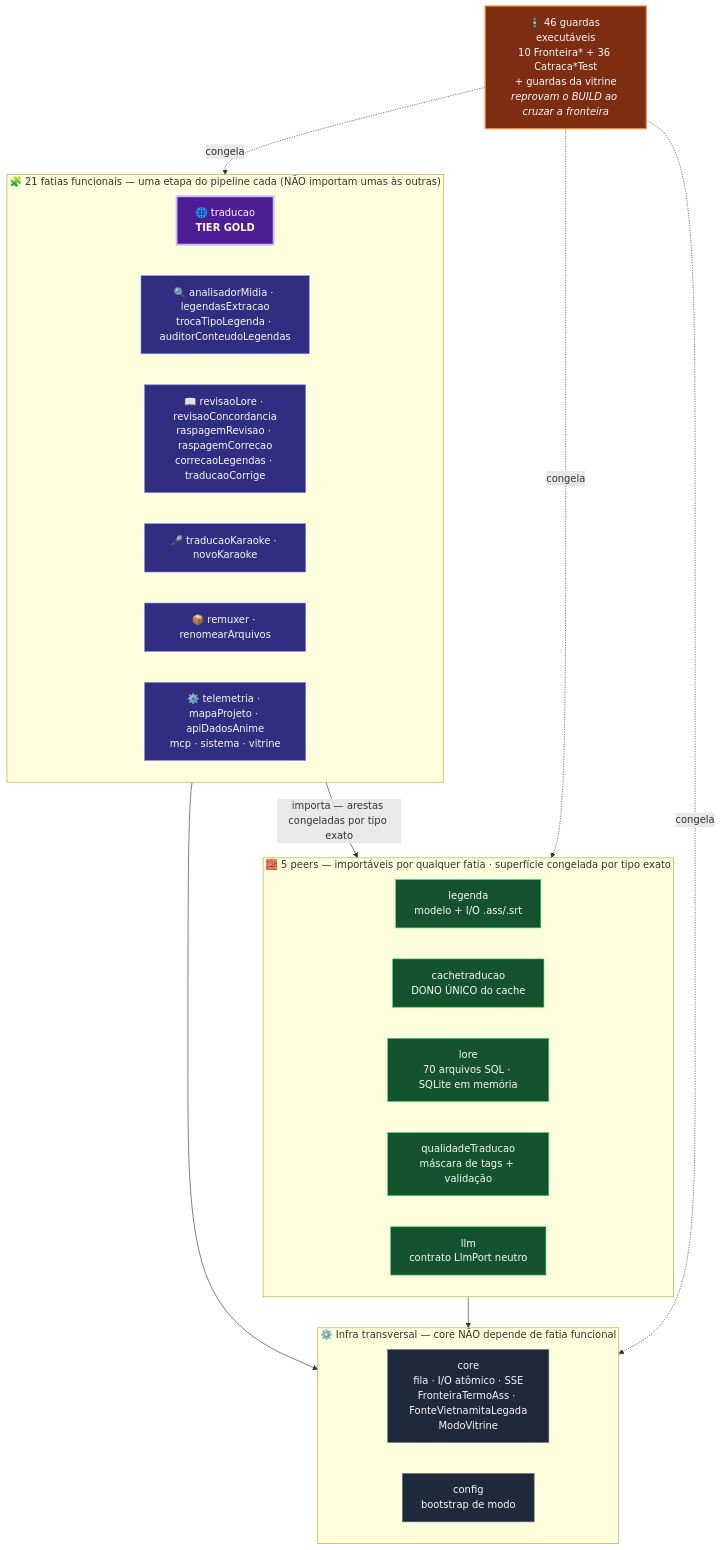
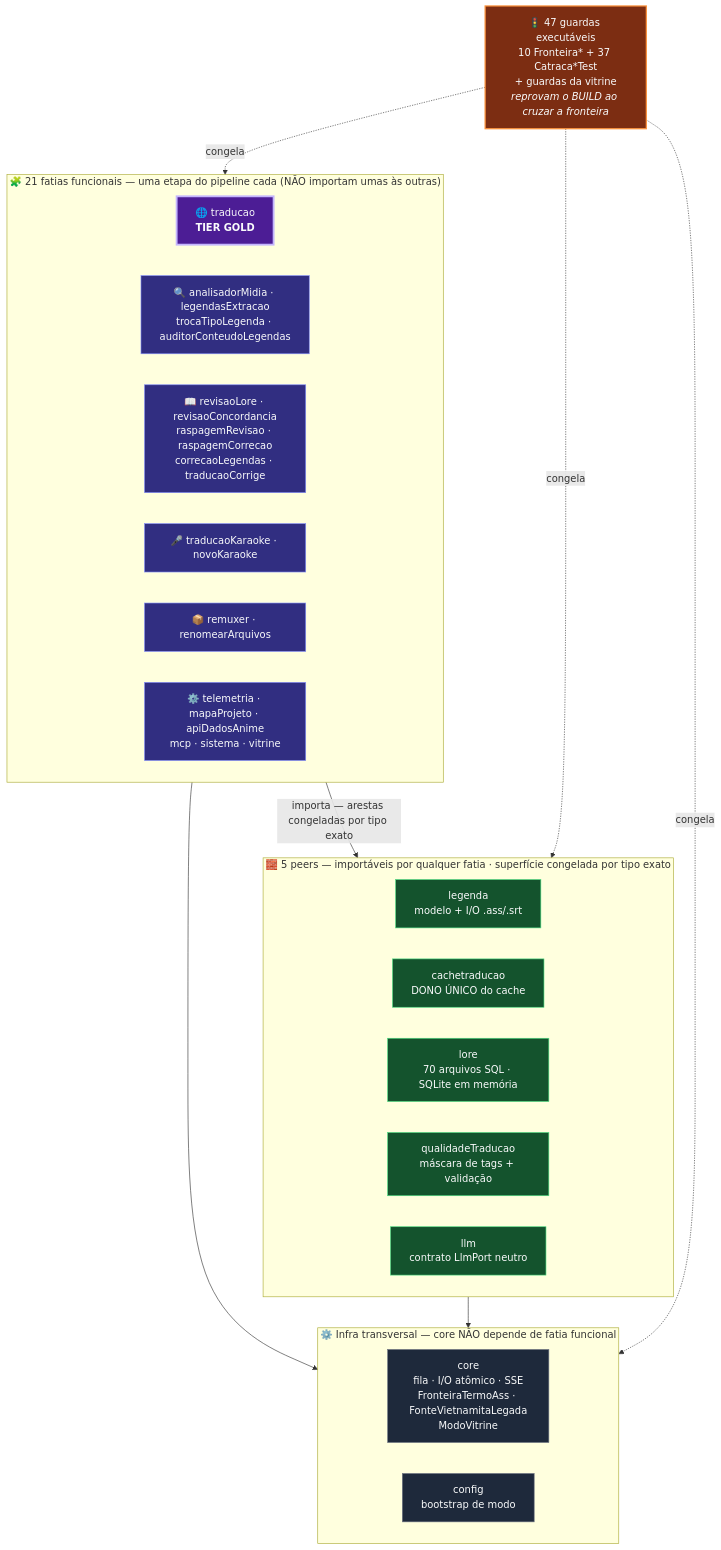
The first of 5 diagrams in docs/arquitetura.md (carmipa/kronos), drawn with Mermaid before and after one commit. The commit also changed other lines of this file and 30 other files, not shown here.

````diff
--- a/docs/arquitetura.md
+++ b/docs/arquitetura.md
@@ -116,47 +148,47 @@
 ```mermaid
 graph TB
     subgraph FUNC["🧩 21 fatias funcionais — uma etapa do pipeline cada (NÃO importam umas às outras)"]
         direction LR
         TRAD["🌐 traducao<br/><b>TIER GOLD</b>"]
         PREP["🔍 analisadorMidia · legendasExtracao<br/>trocaTipoLegenda · auditorConteudoLegendas"]
         QUALF["📖 revisaoLore · revisaoConcordancia<br/>raspagemRevisao · raspagemCorrecao<br/>correcaoLegendas · traducaoCorrige"]
         KAR["🎤 traducaoKaraoke · novoKaraoke"]
         FIM["📦 remuxer · renomearArquivos"]
         SIS["⚙️ telemetria · mapaProjeto · apiDadosAnime<br/>mcp · sistema · vitrine"]
     end
 
     subgraph PEERS["🧱 5 peers — importáveis por qualquer fatia · superfície congelada por tipo exato"]
         direction LR
         LEG["legenda<br/>modelo + I/O .ass/.srt"]
         CACHE["cachetraducao<br/>DONO ÚNICO do cache"]
         CTX["lore<br/>70 arquivos SQL · SQLite em memória"]
         QUAL["qualidadeTraducao<br/>máscara de tags + validação"]
         LLM["llm<br/>contrato LlmPort neutro"]
     end
 
     subgraph BASE["⚙️ Infra transversal — core NÃO depende de fatia funcional"]
         direction LR
         CORE["core<br/>fila · I/O atômico · SSE<br/>FronteiraTermoAss · FonteVietnamitaLegada<br/>ModoVitrine"]
         CFG["config<br/>bootstrap de modo"]
     end
 
-    GUARD["🚦 46 guardas executáveis<br/>10 Fronteira* + 36 Catraca*Test<br/>+ guardas da vitrine<br/><i>reprovam o BUILD ao cruzar a fronteira</i>"]
+    GUARD["🚦 47 guardas executáveis<br/>10 Fronteira* + 37 Catraca*Test<br/>+ guardas da vitrine<br/><i>reprovam o BUILD ao cruzar a fronteira</i>"]
 
     FUNC -->|"importa — arestas congeladas por tipo exato"| PEERS
     FUNC --> BASE
     PEERS --> BASE
     GUARD -.->|congela| FUNC
     GUARD -.->|congela| PEERS
     GUARD -.->|congela| BASE
 
     classDef func fill:#312e81,stroke:#818CF8,color:#F9FAFB
     classDef gold fill:#4c1d95,stroke:#C4B5FD,color:#F9FAFB,stroke-width:3px
     classDef peer fill:#14532d,stroke:#4ADE80,color:#F9FAFB
     classDef base fill:#1e293b,stroke:#6B7280,color:#F9FAFB
     classDef guard fill:#7c2d12,stroke:#FB923C,color:#F9FAFB,stroke-width:2px
     class PREP,QUALF,KAR,FIM,SIS func
     class TRAD gold
     class LEG,CACHE,CTX,QUAL,LLM peer
     class CORE,CFG base
     class GUARD guard
 ```
````
